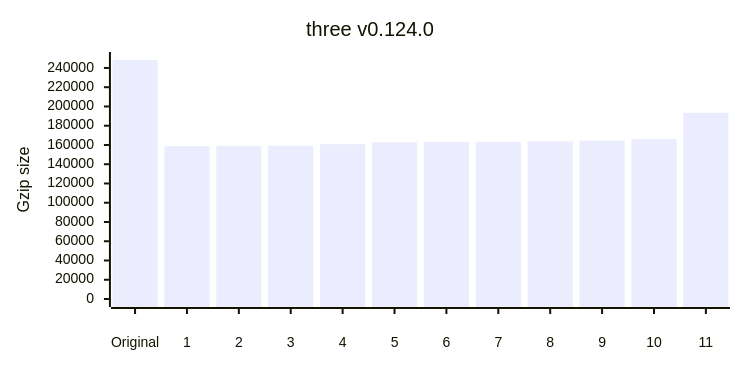
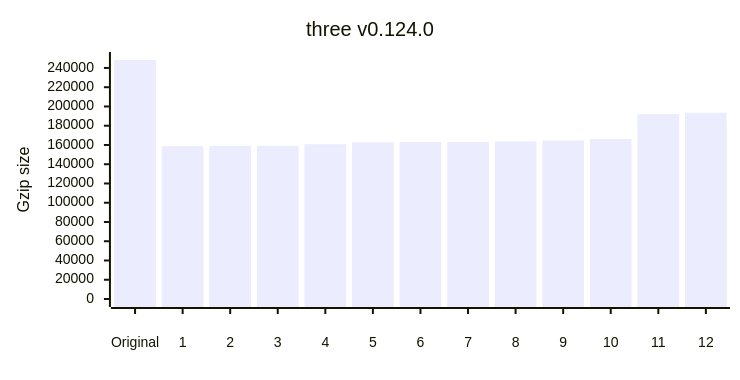
One commit to privatenumber/minification-benchmarks changed the eighth of 12 diagrams in README.md. Above: the diagram before and after it, drawn with Mermaid. The commit also changed other lines of this file and 1 other file, not shown here.

````diff
--- a/README.md
+++ b/README.md
@@ -357,17 +365,17 @@
 ```mermaid
 ---
 config:
     xyChart:
         width: 720
         height: 360
         xAxis:
             labelPadding: 20
         yAxis:
             labelPadding: 10
 ---
 xychart-beta
 	title "three v0.124.0"
-	x-axis ["Original",1,2,3,4,5,6,7,8,9,10,11]
+	x-axis ["Original",1,2,3,4,5,6,7,8,9,10,11,12]
 	y-axis "Gzip size" 0 --> 248267
-	bar [248267,158751,159071,159165,160827,162771,163036,163181,163723,164610,166210,193471]
+	bar [248267,158751,159071,159165,160827,162771,163036,163181,163723,164610,166210,191965,193471]
 ```
````
